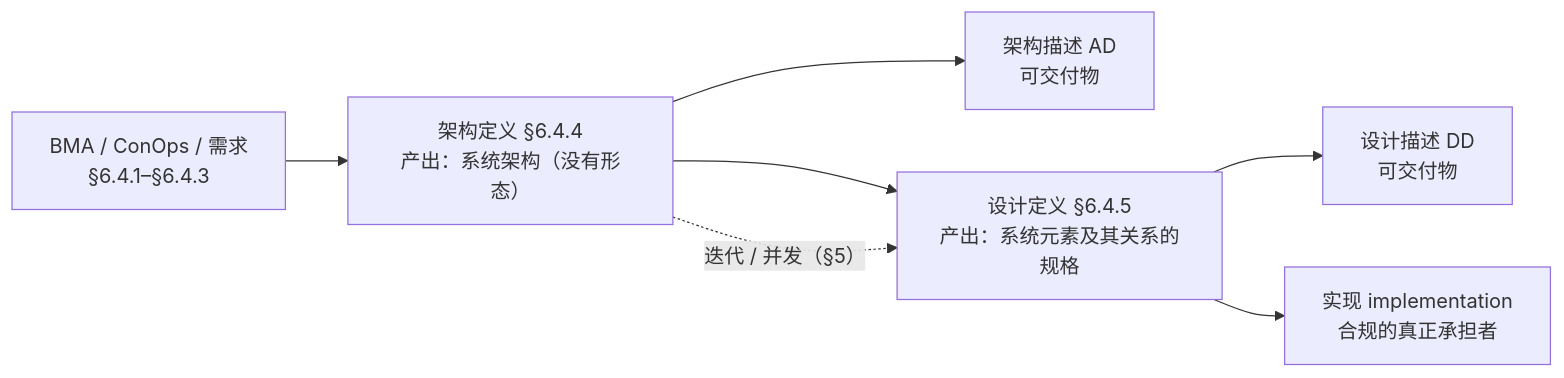
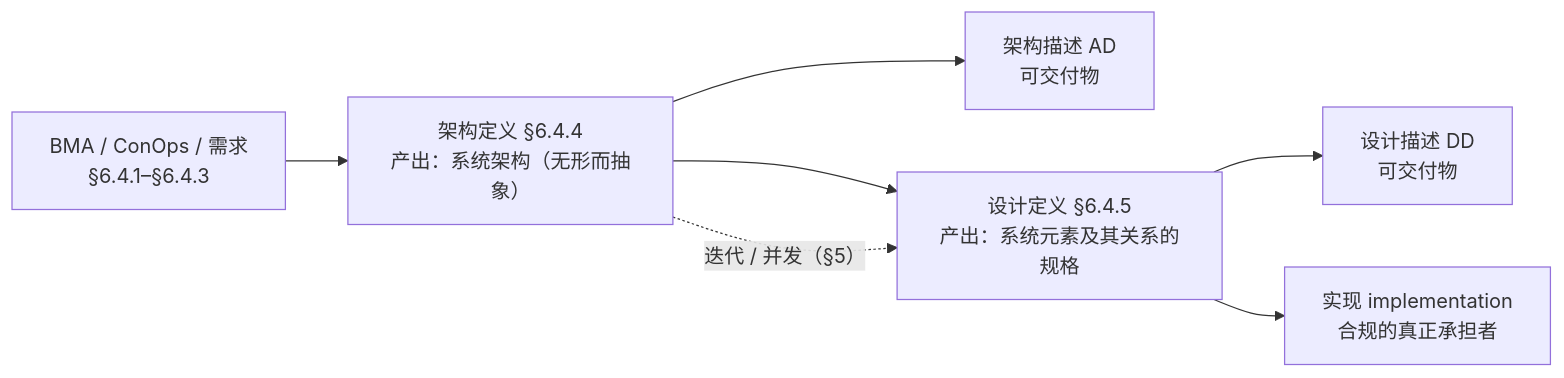
One commit to Yongjunzhou/AOS-system-design changed the first of 15 diagrams in 100-subprojects/01-系统工程研究/00-系统工程相关研究报告/24-架构与设计边界研究报告-从定义辨析到架构视角与架构视图.md. Above: the diagram before and after it, drawn with Mermaid. The commit also changed other lines of this file and 45 other files, not shown here.

````diff
--- a/100-subprojects/01-系统工程研究/00-系统工程相关研究报告/24-架构与设计边界研究报告-从定义辨析到架构视角与架构视图.md
+++ b/100-subprojects/01-系统工程研究/00-系统工程相关研究报告/24-架构与设计边界研究报告-从定义辨析到架构视角与架构视图.md
@@ -142,9 +142,9 @@
 ```mermaid
 flowchart LR
-    BMA["BMA / ConOps / 需求<br/>§6.4.1–§6.4.3"] --> AD["架构定义 §6.4.4<br/>产出：系统架构（没有形态）"]
+    BMA["BMA / ConOps / 需求<br/>§6.4.1–§6.4.3"] --> AD["架构定义 §6.4.4<br/>产出：系统架构（无形而抽象）"]
     AD --> ADd["架构描述 AD<br/>可交付物"]
     AD --> DD["设计定义 §6.4.5<br/>产出：系统元素及其关系的规格"]
     DD --> DDd["设计描述 DD<br/>可交付物"]
     DD --> IMPL["实现 implementation<br/>合规的真正承担者"]
     AD -.->|"迭代 / 并发（§5）"| DD
 ```
````
